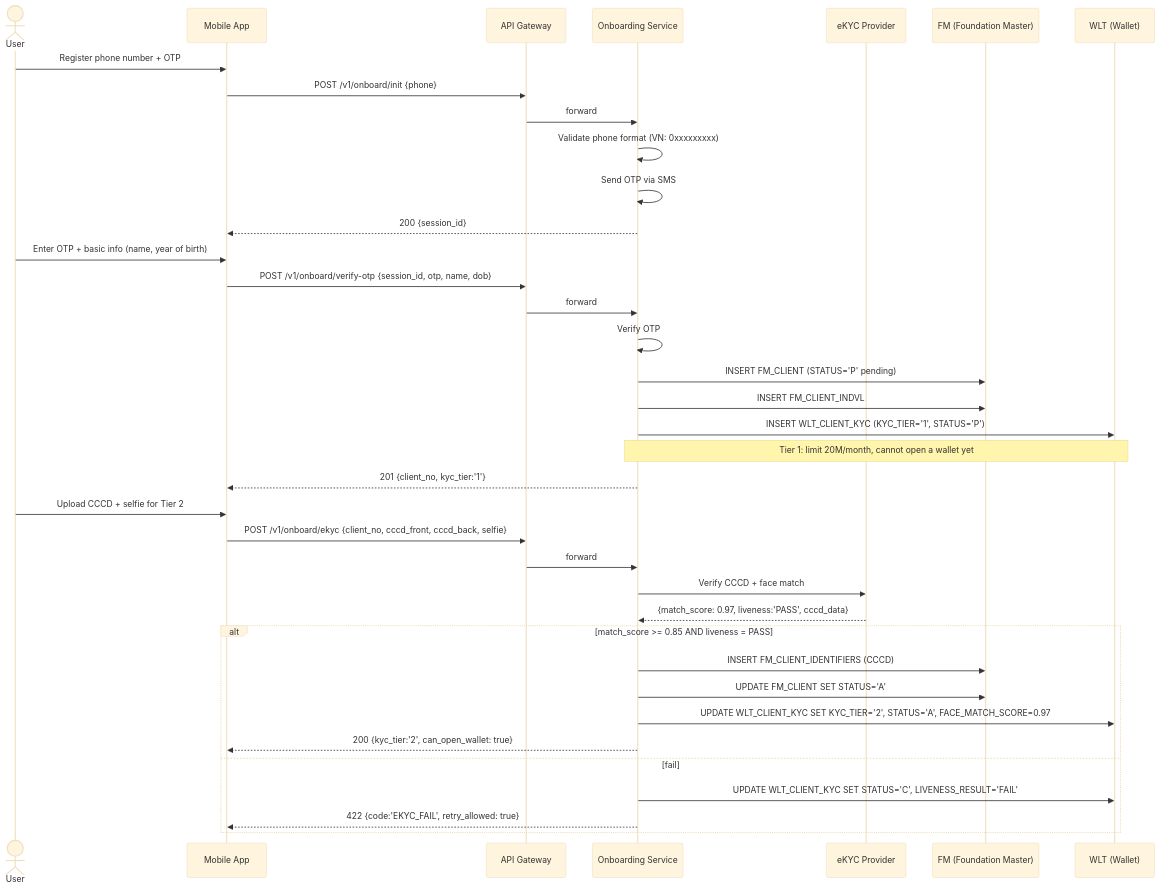
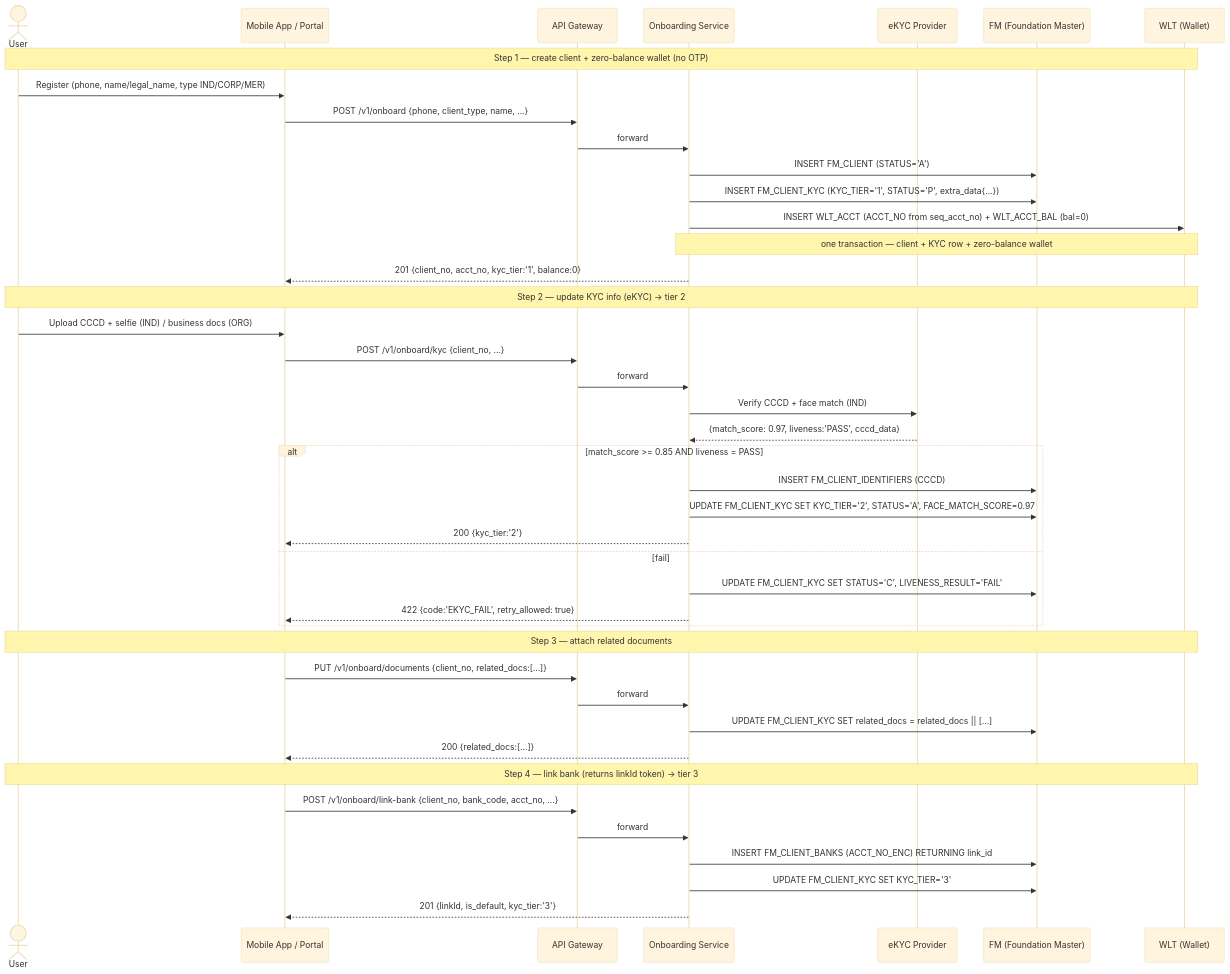
Before and after one commit to huuhoait/core-wallet: the diagram in docs/specs/wallet_onboarding.md, drawn with Mermaid (base theme). The commit also changed other lines of this file and 2 other files, not shown here.

First line of the commit message:
docs: OTP-free onboarding redesign + centralized FM_CLIENT_KYC; add audit & DDL rules

````diff
--- a/docs/specs/wallet_onboarding.md
+++ b/docs/specs/wallet_onboarding.md
@@ -56,42 +109,48 @@
 ```mermaid
 sequenceDiagram
   actor User
-  participant App as Mobile App
+  participant App as Mobile App / Portal
   participant GW as API Gateway
   participant OS as Onboarding Service
   participant EKY as eKYC Provider
   participant FM as FM (Foundation Master)
   participant WLT as WLT (Wallet)
 
-  User->>App: Register phone number + OTP
-  App->>GW: POST /v1/onboard/init {phone}
+  Note over User,WLT: Step 1 — create client + zero-balance wallet (no OTP)
+  User->>App: Register (phone, name/legal_name, type IND/CORP/MER)
+  App->>GW: POST /v1/onboard {phone, client_type, name, ...}
   GW->>OS: forward
-  OS->>OS: Validate phone format (VN: 0xxxxxxxxx)
-  OS->>OS: Send OTP via SMS
-  OS-->>App: 200 {session_id}
+  OS->>FM: INSERT FM_CLIENT (STATUS='A')
+  OS->>FM: INSERT FM_CLIENT_KYC (KYC_TIER='1', STATUS='P', extra_data{...})
+  OS->>WLT: INSERT WLT_ACCT (ACCT_NO from seq_acct_no) + WLT_ACCT_BAL (bal=0)
+  Note over OS,WLT: one transaction — client + KYC row + zero-balance wallet
+  OS-->>App: 201 {client_no, acct_no, kyc_tier:'1', balance:0}
 
-  User->>App: Enter OTP + basic info (name, year of birth)
-  App->>GW: POST /v1/onboard/verify-otp {session_id, otp, name, dob}
+  Note over User,WLT: Step 2 — update KYC info (eKYC) → tier 2
+  User->>App: Upload CCCD + selfie (IND) / business docs (ORG)
+  App->>GW: POST /v1/onboard/kyc {client_no, ...}
   GW->>OS: forward
-  OS->>OS: Verify OTP
-  OS->>FM: INSERT FM_CLIENT (STATUS='P' pending)
-  OS->>FM: INSERT FM_CLIENT_INDVL
-  OS->>WLT: INSERT WLT_CLIENT_KYC (KYC_TIER='1', STATUS='P')
-  Note over OS,WLT: Tier 1: limit 20M/month, cannot open a wallet yet
-  OS-->>App: 201 {client_no, kyc_tier:'1'}
-
-  User->>App: Upload CCCD + selfie for Tier 2
-  App->>GW: POST /v1/onboard/ekyc {client_no, cccd_front, cccd_back, selfie}
-  GW->>OS: forward
-  OS->>EKY: Verify CCCD + face match
+  OS->>EKY: Verify CCCD + face match (IND)
   EKY-->>OS: {match_score: 0.97, liveness:'PASS', cccd_data}
   alt match_score >= 0.85 AND liveness = PASS
     OS->>FM: INSERT FM_CLIENT_IDENTIFIERS (CCCD)
-    OS->>FM: UPDATE FM_CLIENT SET STATUS='A'
-    OS->>WLT: UPDATE WLT_CLIENT_KYC SET KYC_TIER='2', STATUS='A', FACE_MATCH_SCORE=0.97
-    OS-->>App: 200 {kyc_tier:'2', can_open_wallet: true}
+    OS->>FM: UPDATE FM_CLIENT_KYC SET KYC_TIER='2', STATUS='A', FACE_MATCH_SCORE=0.97
+    OS-->>App: 200 {kyc_tier:'2'}
   else fail
-    OS->>WLT: UPDATE WLT_CLIENT_KYC SET STATUS='C', LIVENESS_RESULT='FAIL'
+    OS->>FM: UPDATE FM_CLIENT_KYC SET STATUS='C', LIVENESS_RESULT='FAIL'
     OS-->>App: 422 {code:'EKYC_FAIL', retry_allowed: true}
   end
+
+  Note over User,WLT: Step 3 — attach related documents
+  App->>GW: PUT /v1/onboard/documents {client_no, related_docs:[...]}
+  GW->>OS: forward
+  OS->>FM: UPDATE FM_CLIENT_KYC SET related_docs = related_docs || [...]
+  OS-->>App: 200 {related_docs:[...]}
+
+  Note over User,WLT: Step 4 — link bank (returns linkId token) → tier 3
+  App->>GW: POST /v1/onboard/link-bank {client_no, bank_code, acct_no, ...}
+  GW->>OS: forward
+  OS->>FM: INSERT FM_CLIENT_BANKS (ACCT_NO_ENC) RETURNING link_id
+  OS->>FM: UPDATE FM_CLIENT_KYC SET KYC_TIER='3'
+  OS-->>App: 201 {linkId, is_default, kyc_tier:'3'}
 ```
````
